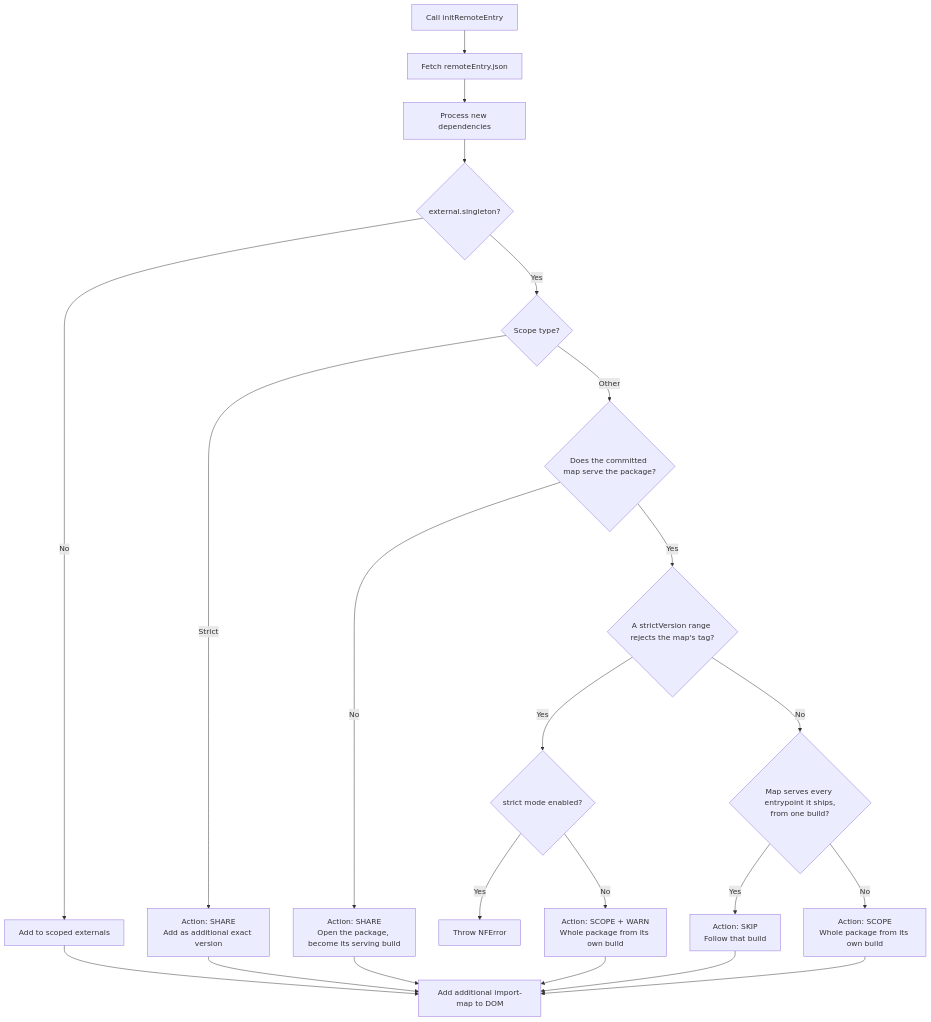
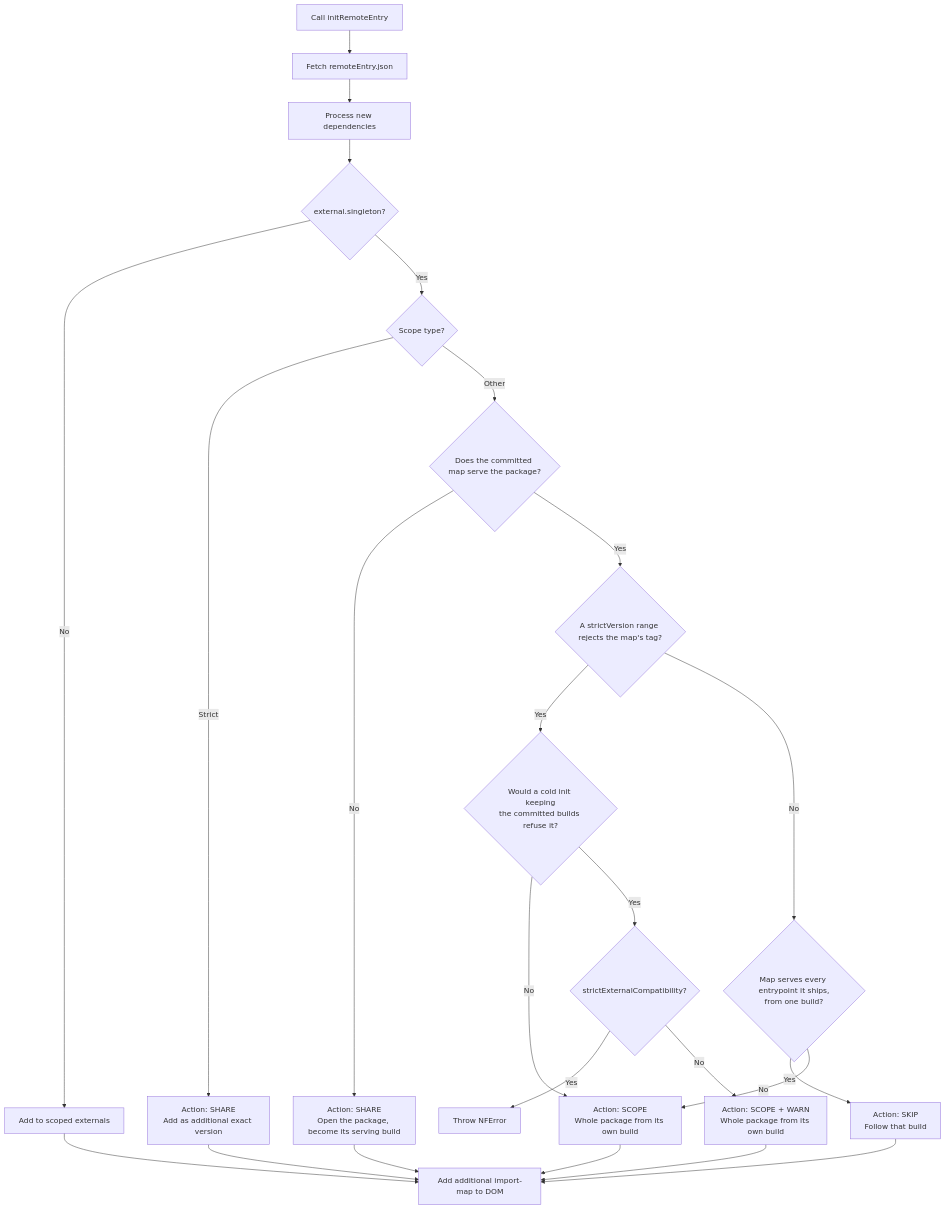
One commit to native-federation/orchestrator changed the seventh of 11 diagrams in docs/version-resolver.md. Above: the diagram before and after it, drawn with Mermaid. The commit also changed other lines of this file and 11 other files, not shown here.

````diff
--- a/docs/version-resolver.md
+++ b/docs/version-resolver.md
@@ -1252,25 +1249,27 @@
 ```mermaid
 flowchart TD
     A[Call initRemoteEntry] --> B[Fetch remoteEntry.json]
     B --> C[Process new dependencies]
     C --> D{external.singleton?}
     D -->|No| E[Add to scoped externals]
     D -->|Yes| F{Scope type?}
     F -->|Strict| I[Action: SHARE<br/>Add as additional exact version]
     F -->|Other| G{Does the committed map serve the package?}
     G -->|No| S[Action: SHARE<br/>Open the package, become its serving build]
     G -->|Yes| J{A strictVersion range rejects the map's tag?}
-    J -->|Yes| O{strict mode enabled?}
+    J -->|Yes| Q{Would a cold init keeping<br/>the committed builds refuse it?}
+    Q -->|No| N
+    Q -->|Yes| O{strictExternalCompatibility?}
     O -->|Yes| P[Throw NFError]
     O -->|No| M[Action: SCOPE + WARN<br/>Whole package from its own build]
     J -->|No| H{Map serves every entrypoint it ships,<br/>from one build?}
     H -->|Yes| K[Action: SKIP<br/>Follow that build]
     H -->|No| N[Action: SCOPE<br/>Whole package from its own build]
 
     E --> R[Add additional import-map to DOM]
     I --> R
     S --> R
     K --> R
     M --> R
     N --> R
 ```
````
